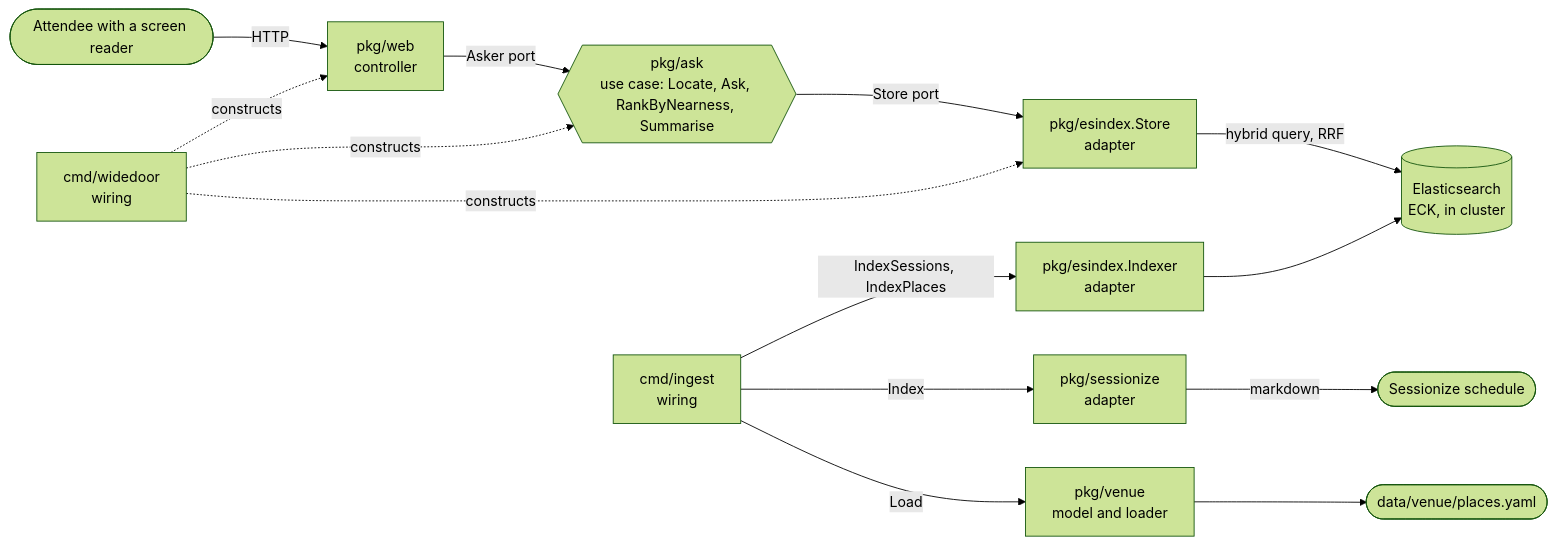
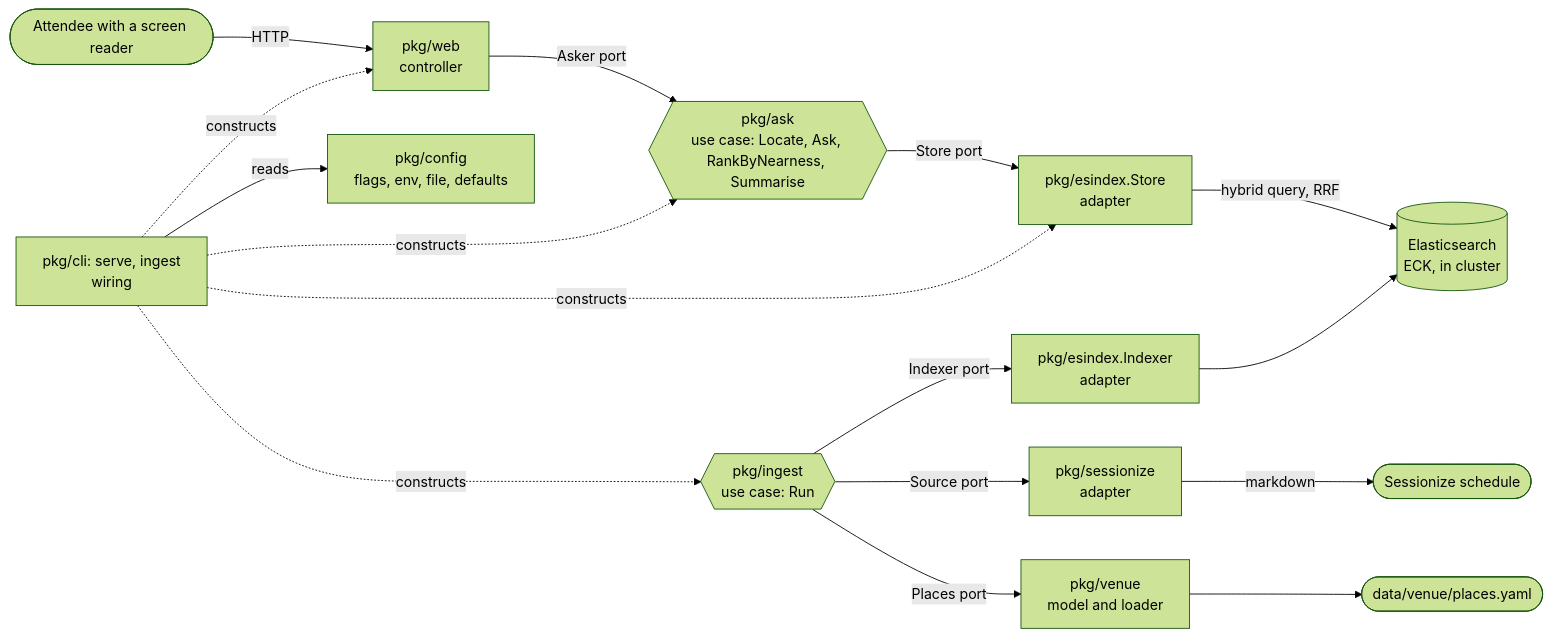
The diagram in docs/architecture.md (auroq/cnh), drawn with Mermaid (forest theme) before and after one commit. The commit also changed other lines of this file and 27 other files, not shown here.

````diff
--- a/docs/architecture.md
+++ b/docs/architecture.md
@@ -6,16 +6,18 @@
 ```mermaid
 flowchart LR
     attendee([Attendee with a screen reader]) -->|HTTP| web[pkg/web<br/>controller]
     web -->|Asker port| ask{{pkg/ask<br/>use case: Locate, Ask, RankByNearness, Summarise}}
     ask -->|Store port| esstore[pkg/esindex.Store<br/>adapter]
     esstore -->|hybrid query, RRF| es[(Elasticsearch<br/>ECK, in cluster)]
-    ingest[cmd/ingest<br/>wiring] -->|Index| sz[pkg/sessionize<br/>adapter]
+    ingest{{pkg/ingest<br/>use case: Run}} -->|Source port| sz[pkg/sessionize<br/>adapter]
     sz -->|markdown| sessionize([Sessionize schedule])
-    ingest -->|Load| venue[pkg/venue<br/>model and loader]
+    ingest -->|Places port| venue[pkg/venue<br/>model and loader]
     venue --> yaml([data/venue/places.yaml])
-    ingest -->|IndexSessions, IndexPlaces| indexer[pkg/esindex.Indexer<br/>adapter]
+    ingest -->|Indexer port| indexer[pkg/esindex.Indexer<br/>adapter]
     indexer --> es
-    serve[cmd/widedoor<br/>wiring] -.constructs.-> web
-    serve -.constructs.-> ask
-    serve -.constructs.-> esstore
+    cli[pkg/cli: serve, ingest<br/>wiring] -.constructs.-> web
+    cli -.constructs.-> ask
+    cli -.constructs.-> esstore
+    cli -.constructs.-> ingest
+    cli -->|reads| config[pkg/config<br/>flags, env, file, defaults]
 ```
````
